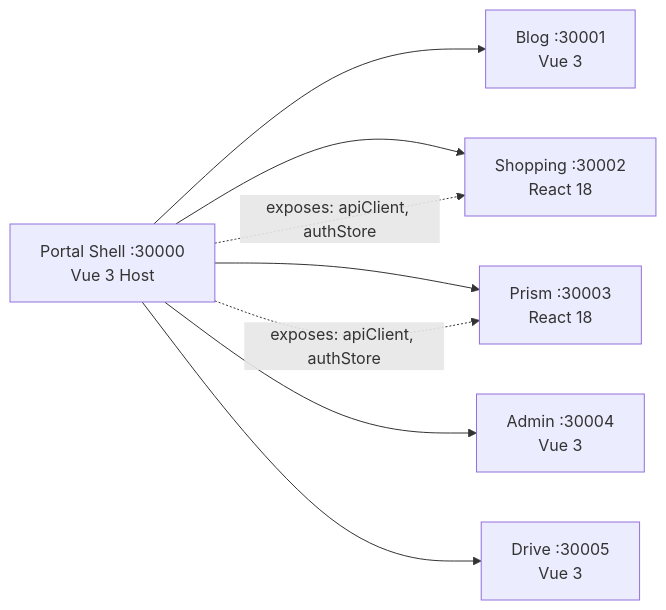
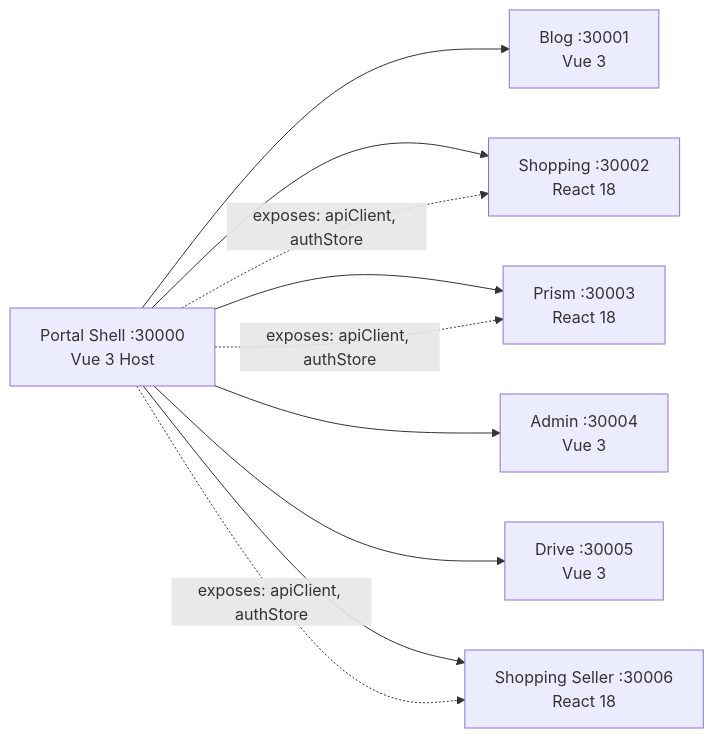
One commit to L-a-z-e/portal-universe changed the second of 2 diagrams in README.md. Above: the diagram before and after it, drawn with Mermaid. The commit also changed other lines of this file and 3 other files, not shown here.

````diff
--- a/README.md
+++ b/README.md
@@ -61,11 +66,13 @@
 ```mermaid
 graph LR
     Shell[Portal Shell :30000<br/>Vue 3 Host] --> BlogFE[Blog :30001<br/>Vue 3]
     Shell --> ShopFE[Shopping :30002<br/>React 18]
     Shell --> PrismFE[Prism :30003<br/>React 18]
     Shell --> AdminFE[Admin :30004<br/>Vue 3]
     Shell --> DriveFE[Drive :30005<br/>Vue 3]
+    Shell --> SellerFE[Shopping Seller :30006<br/>React 18]
 
     Shell -. "exposes: apiClient, authStore" .-> ShopFE
     Shell -. "exposes: apiClient, authStore" .-> PrismFE
+    Shell -. "exposes: apiClient, authStore" .-> SellerFE
 ```
````
